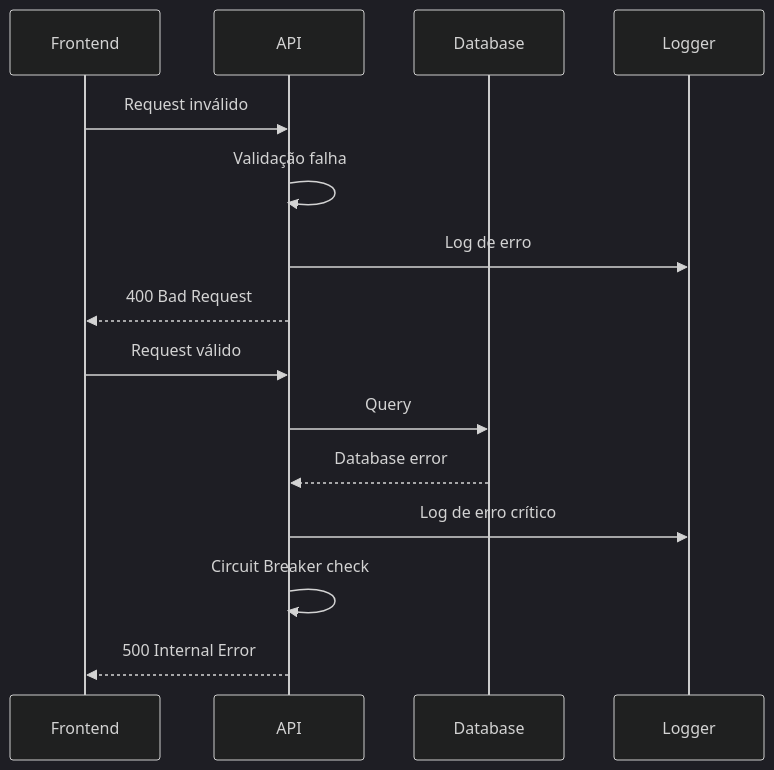
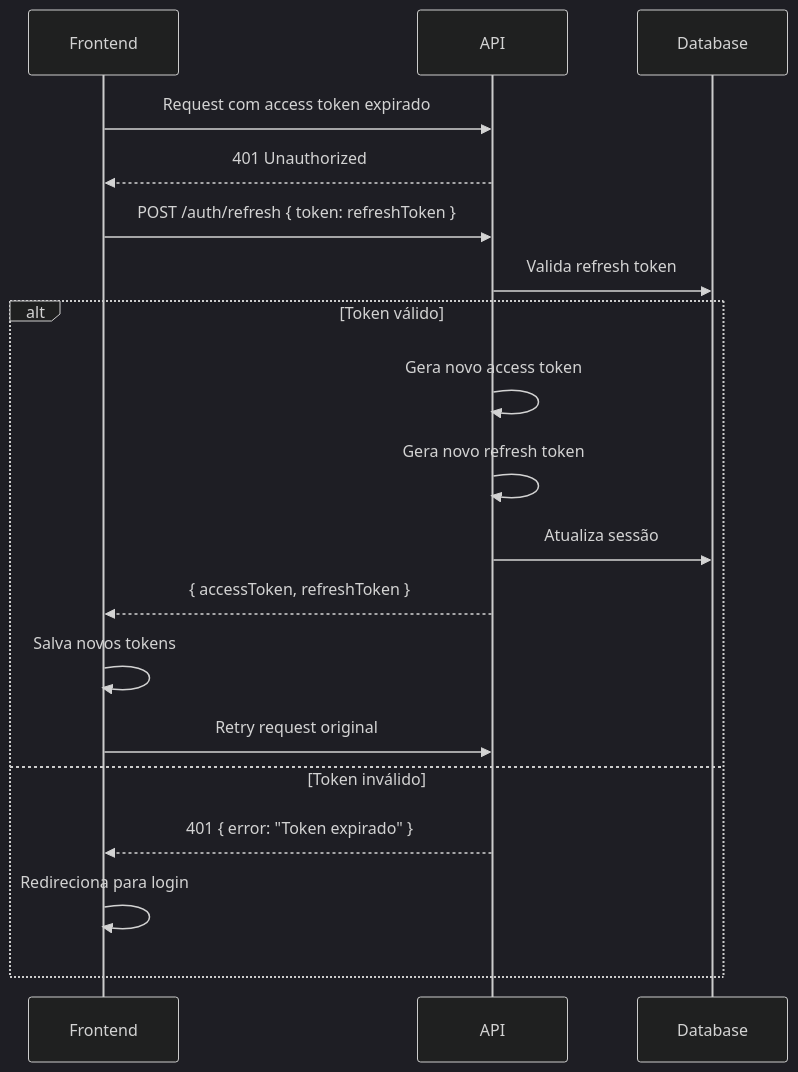
The eighth of 10 diagrams in docs/spec/05-diagramas-sequencia.md (sebavieira/template-cli-seba), drawn with Mermaid (dark theme) before and after one commit. The commit also changed other lines of this file and 75 other files, not shown here.

````diff
--- a/docs/spec/05-diagramas-sequencia.md
+++ b/docs/spec/05-diagramas-sequencia.md
@@ -119,19 +206,24 @@
 ```mermaid
 sequenceDiagram
     participant F as Frontend
     participant A as API
     participant D as Database
-    participant L as Logger
 
-    F->>A: Request inválido
-    A->>A: Validação falha
-    A->>L: Log de erro
-    A-->>F: 400 Bad Request
+    F->>A: Request com access token expirado
+    A-->>F: 401 Unauthorized
 
-    F->>A: Request válido
-    A->>D: Query
-    D-->>A: Database error
-    A->>L: Log de erro crítico
-    A->>A: Circuit Breaker check
-    A-->>F: 500 Internal Error
+    F->>A: POST /auth/refresh { token: refreshToken }
+    A->>D: Valida refresh token
+
+    alt Token válido
+        A->>A: Gera novo access token
+        A->>A: Gera novo refresh token
+        A->>D: Atualiza sessão
+        A-->>F: { accessToken, refreshToken }
+        F->>F: Salva novos tokens
+        F->>A: Retry request original
+    else Token inválido
+        A-->>F: 401 { error: "Token expirado" }
+        F->>F: Redireciona para login
+    end
 ```
````
